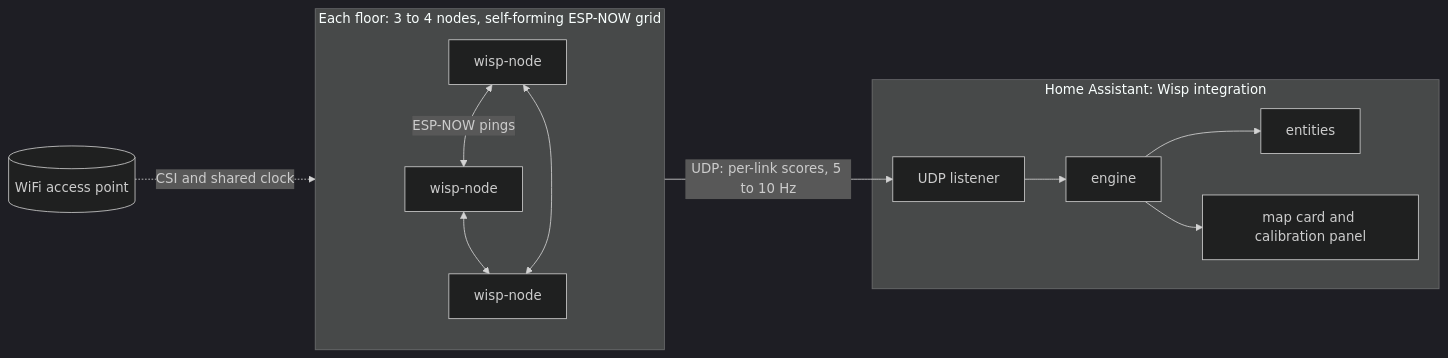
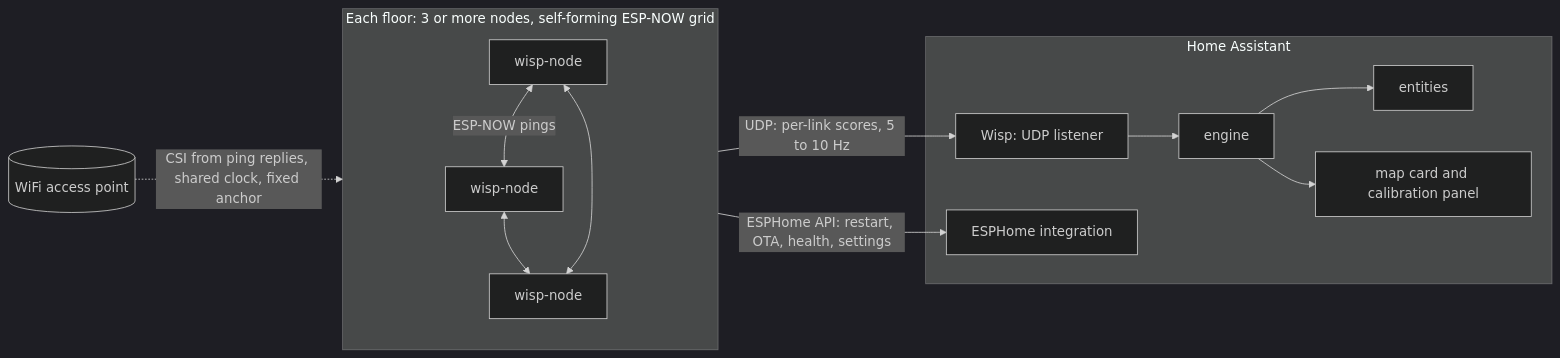
Before and after one commit to albert-canfield/wisp: the diagram in docs/ARCHITECTURE.md, drawn with Mermaid (dark theme). The commit also changed other lines of this file and 1 other file, not shown here.

First line of the commit message:
Architecture: firmware-first design

````diff
--- a/docs/ARCHITECTURE.md
+++ b/docs/ARCHITECTURE.md
@@ -13,15 +17,17 @@
 ```mermaid
 flowchart LR
   AP[(WiFi access point)]
-  subgraph Floor["Each floor: 3 to 4 nodes, self-forming ESP-NOW grid"]
+  subgraph Floor["Each floor: 3 or more nodes, self-forming ESP-NOW grid"]
     N1[wisp-node] <-- ESP-NOW pings --> N2[wisp-node]
     N2 <--> N3[wisp-node]
     N1 <--> N3
   end
-  AP -. CSI and shared clock .-> Floor
+  AP -. "CSI from ping replies, shared clock, fixed anchor" .-> Floor
   Floor -- "UDP: per-link scores, 5 to 10 Hz" --> L
-  subgraph HA["Home Assistant: Wisp integration"]
-    L[UDP listener] --> E[engine] --> S[entities]
+  Floor -- "ESPHome API: restart, OTA, health, settings" --> EH
+  subgraph HA["Home Assistant"]
+    EH[ESPHome integration]
+    L[Wisp: UDP listener] --> E[engine] --> S[entities]
     E --> UI[map card and calibration panel]
   end
 ```
````
